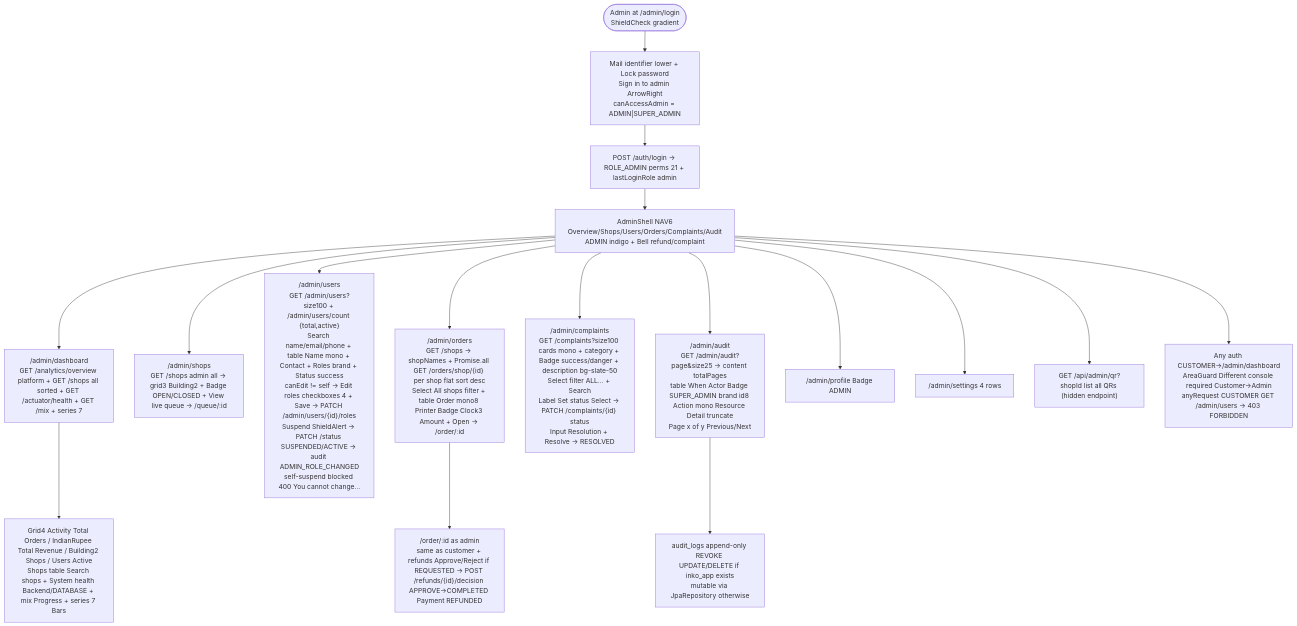
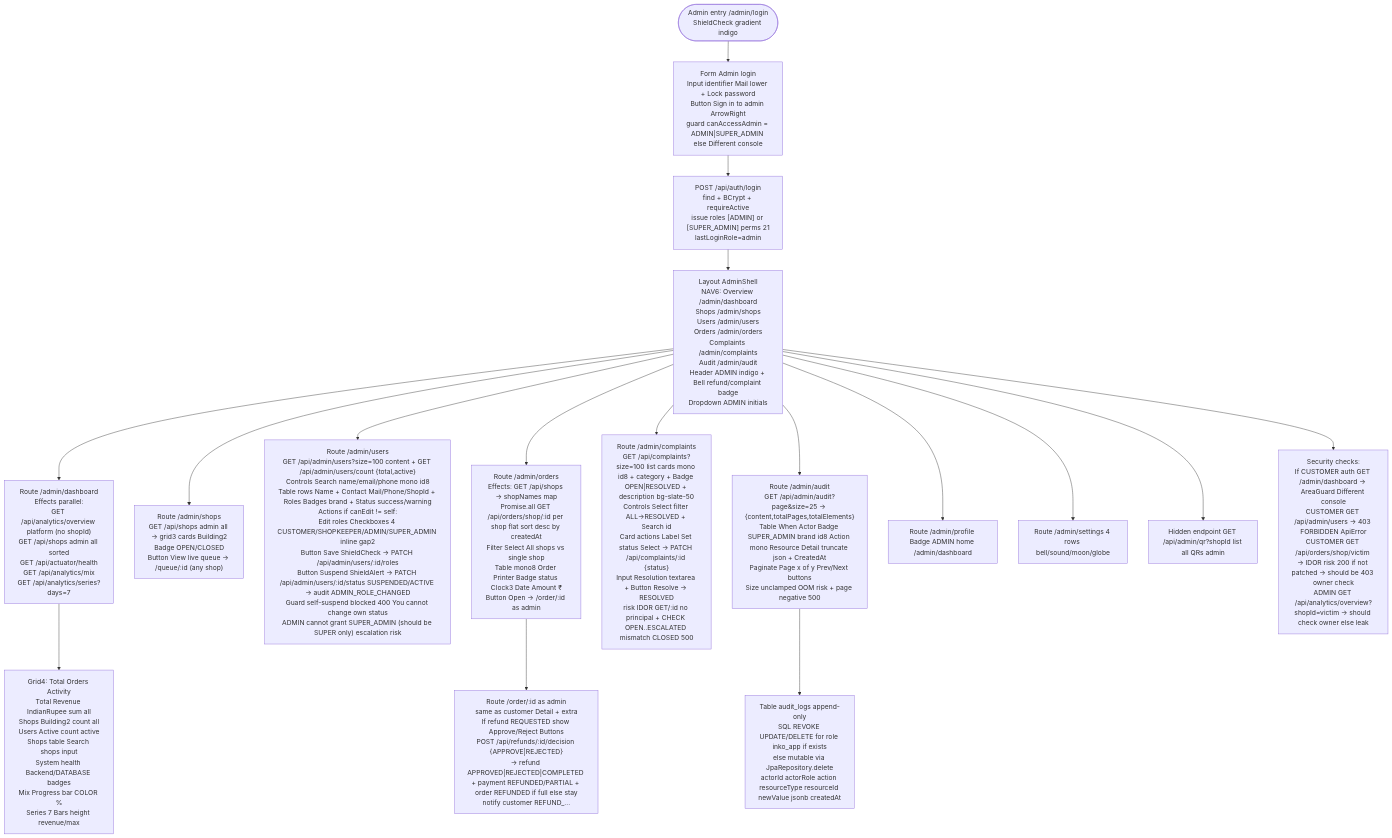
Before and after one commit to Darsh01k/INKO: the eighth of 12 diagrams in func/FLOWCHART.md, drawn with Mermaid. The commit also changed other lines of this file and 28 other files, not shown here.

````diff
--- a/func/FLOWCHART.md
+++ b/func/FLOWCHART.md
@@ -175,23 +300,18 @@
 ```mermaid
 flowchart TD
-    AStart([Admin at /admin/login<br/>ShieldCheck gradient]) --> LoginAdmin["Mail identifier lower + Lock password<br/>Sign in to admin ArrowRight<br/>canAccessAdmin = ADMIN|SUPER_ADMIN"] --> POSAdmin["POST /auth/login → ROLE_ADMIN perms 21 + lastLoginRole admin"]
-    POSAdmin --> AdminShell["AdminShell NAV6<br/>Overview/Shops/Users/Orders/Complaints/Audit<br/>ADMIN indigo + Bell refund/complaint"]
-    
-    AdminShell --> DashAdmin["/admin/dashboard<br/>GET /analytics/overview platform + GET /shops all sorted + GET /actuator/health + GET /mix + series 7"]
-    DashAdmin --> StatsAdmin["Grid4 Activity Total Orders / IndianRupee Total Revenue / Building2 Shops / Users Active<br/>Shops table Search shops + System health Backend/DATABASE + mix Progress + series 7 Bars"]
-    
-    AdminShell --> ShopsAdmin["/admin/shops<br/>GET /shops admin all → grid3 Building2 + Badge OPEN/CLOSED + View live queue → /queue/:id"]
-    AdminShell --> UsersAdmin["/admin/users<br/>GET /admin/users?size100 + /admin/users/count {total,active}<br/>Search name/email/phone + table Name mono + Contact + Roles brand + Status success<br/>canEdit != self → Edit roles checkboxes 4 + Save → PATCH /admin/users/{id}/roles<br/>Suspend ShieldAlert → PATCH /status SUSPENDED/ACTIVE → audit ADMIN_ROLE_CHANGED<br/>self-suspend blocked 400 You cannot change…"]
-    AdminShell --> OrdersAdmin["/admin/orders<br/>GET /shops → shopNames + Promise.all GET /orders/shop/{id} per shop flat sort desc<br/>Select All shops filter + table Order mono8 Printer Badge Clock3 Amount + Open → /order/:id"]
-    OrdersAdmin --> DetailAdmin["/order/:id as admin<br/>same as customer + refunds Approve/Reject if REQUESTED → POST /refunds/{id}/decision APPROVE→COMPLETED Payment REFUNDED"]
-    
-    AdminShell --> CompAdmin["/admin/complaints<br/>GET /complaints?size100 cards mono + category + Badge success/danger + description bg-slate-50<br/>Select filter ALL… + Search<br/>Label Set status Select → PATCH /complaints/{id} status<br/>Input Resolution + Resolve → RESOLVED"]
-    
-    AdminShell --> AuditAdmin["/admin/audit<br/>GET /admin/audit?page&size25 → content totalPages<br/>table When Actor Badge SUPER_ADMIN brand id8 Action mono Resource Detail truncate<br/>Page x of y Previous/Next"]
-    AuditAdmin --> AuditNote["audit_logs append-only REVOKE UPDATE/DELETE if inko_app exists<br/>mutable via JpaRepository otherwise"]
-    
-    AdminShell --> ProfAdmin["/admin/profile Badge ADMIN"]
-    AdminShell --> SettAdmin["/admin/settings 4 rows"]
-    AdminShell --> QRAdmin["GET /api/admin/qr?shopId list all QRs (hidden endpoint)"]
-    AdminShell --> SecCheck["Any auth CUSTOMER→/admin/dashboard<br/>AreaGuard Different console required Customer→Admin<br/>anyRequest CUSTOMER GET /admin/users → 403 FORBIDDEN"]
+    AStart([Admin entry /admin/login<br/>ShieldCheck gradient indigo]) --> LoginAdmin["Form Admin login<br/>Input identifier Mail lower + Lock password<br/>Button Sign in to admin ArrowRight<br/>guard canAccessAdmin = ADMIN|SUPER_ADMIN else Different console"]
+    LoginAdmin --> POSTAdmin["POST /api/auth/login<br/>find + BCrypt + requireActive<br/>issue roles [ADMIN] or [SUPER_ADMIN] perms 21<br/>lastLoginRole=admin"] --> AdminShell["Layout AdminShell<br/>NAV6: Overview /admin/dashboard<br/>Shops /admin/shops<br/>Users /admin/users<br/>Orders /admin/orders<br/>Complaints /admin/complaints<br/>Audit /admin/audit<br/>Header ADMIN indigo + Bell refund/complaint badge<br/>Dropdown ADMIN initials"]
+    AdminShell --> DashAdmin["Route /admin/dashboard<br/>Effects parallel:<br/>GET /api/analytics/overview platform (no shopId)<br/>GET /api/shops admin all sorted<br/>GET /api/actuator/health<br/>GET /api/analytics/mix<br/>GET /api/analytics/series?days=7"]
+    DashAdmin --> StatsAdmin["Grid4: Total Orders Activity<br/>Total Revenue IndianRupee sum all<br/>Shops Building2 count all<br/>Users Active count active<br/>Shops table Search shops input<br/>System health Backend/DATABASE badges<br/>Mix Progress bar COLOR %<br/>Series 7 Bars height revenue/max"]
+    AdminShell --> ShopsAdmin["Route /admin/shops<br/>GET /api/shops admin all → grid3 cards Building2<br/>Badge OPEN/CLOSED<br/>Button View live queue → /queue/:id (any shop)"]
+    AdminShell --> UsersAdmin["Route /admin/users<br/>GET /api/admin/users?size=100 content + GET /api/admin/users/count {total,active}<br/>Controls Search name/email/phone mono id8<br/>Table rows Name + Contact Mail/Phone/ShopId + Roles Badges brand + Status success/warning<br/>Actions if canEdit != self:<br/>Edit roles Checkboxes 4 CUSTOMER/SHOPKEEPER/ADMIN/SUPER_ADMIN inline gap2<br/>Button Save ShieldCheck → PATCH /api/admin/users/:id/roles<br/>Button Suspend ShieldAlert → PATCH /api/admin/users/:id/status SUSPENDED/ACTIVE → audit ADMIN_ROLE_CHANGED<br/>Guard self-suspend blocked 400 You cannot change own status<br/>ADMIN cannot grant SUPER_ADMIN (should be SUPER only) escalation risk"]
+    AdminShell --> OrdersAdmin["Route /admin/orders<br/>Effects: GET /api/shops → shopNames map<br/>Promise.all GET /api/orders/shop/:id per shop flat sort desc by createdAt<br/>Filter Select All shops vs single shop<br/>Table mono8 Order Printer Badge status Clock3 Date Amount ₹<br/>Button Open → /order/:id as admin"]
+    OrdersAdmin --> DetailAdmin["Route /order/:id as admin<br/>same as customer Detail + extra<br/>If refund REQUESTED show Approve/Reject Buttons<br/>POST /api/refunds/:id/decision {APPROVE|REJECTED}<br/>→ refund APPROVED|REJECTED|COMPLETED + payment REFUNDED/PARTIAL + order REFUNDED if full else stay<br/>notify customer REFUND_..."]
+    AdminShell --> CompAdmin["Route /admin/complaints<br/>GET /api/complaints?size=100 list cards mono id8 + category + Badge OPEN|RESOLVED + description bg-slate-50<br/>Controls Select filter ALL→RESOLVED + Search id<br/>Card actions Label Set status Select → PATCH /api/complaints/:id {status}<br/>Input Resolution textarea + Button Resolve → RESOLVED<br/>risk IDOR GET/:id no principal + CHECK OPEN..ESCALATED mismatch CLOSED 500"]
+    AdminShell --> AuditAdmin["Route /admin/audit<br/>GET /api/admin/audit?page&size=25 → {content,totalPages,totalElements}<br/>Table When Actor Badge SUPER_ADMIN brand id8 Action mono Resource Detail truncate json + CreatedAt<br/>Paginate Page x of y Prev/Next buttons<br/>Size unclamped OOM risk + page negative 500"]
+    AuditAdmin --> AuditNote["Table audit_logs append-only<br/>SQL REVOKE UPDATE/DELETE for role inko_app if exists<br/>else mutable via JpaRepository.delete<br/>actorId actorRole action resourceType resourceId newValue jsonb createdAt"]
+    AdminShell --> ProfAdmin["Route /admin/profile Badge ADMIN home /admin/dashboard"]
+    AdminShell --> SettAdmin["Route /admin/settings 4 rows bell/sound/moon/globe"]
+    AdminShell --> QRAdmin["Hidden endpoint GET /api/admin/qr?shopId list all QRs admin"]
+    AdminShell --> SecCheck["Security checks:<br/>If CUSTOMER auth GET /admin/dashboard → AreaGuard Different console<br/>CUSTOMER GET /api/admin/users → 403 FORBIDDEN ApiError<br/>CUSTOMER GET /api/orders/shop/victim → IDOR risk 200 if not patched → should be 403 owner check<br/>ADMIN GET /api/analytics/overview?shopId=victim → should check owner else leak"]
 ```
````
